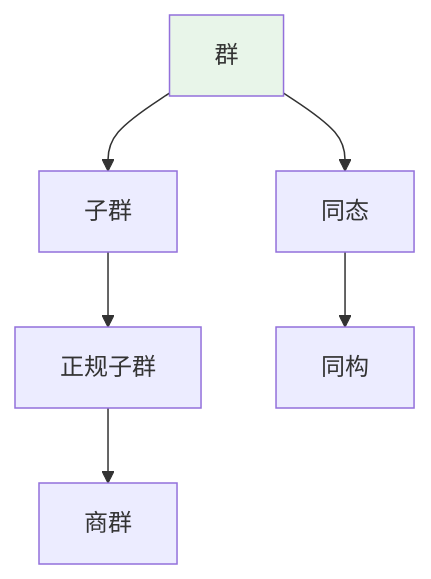
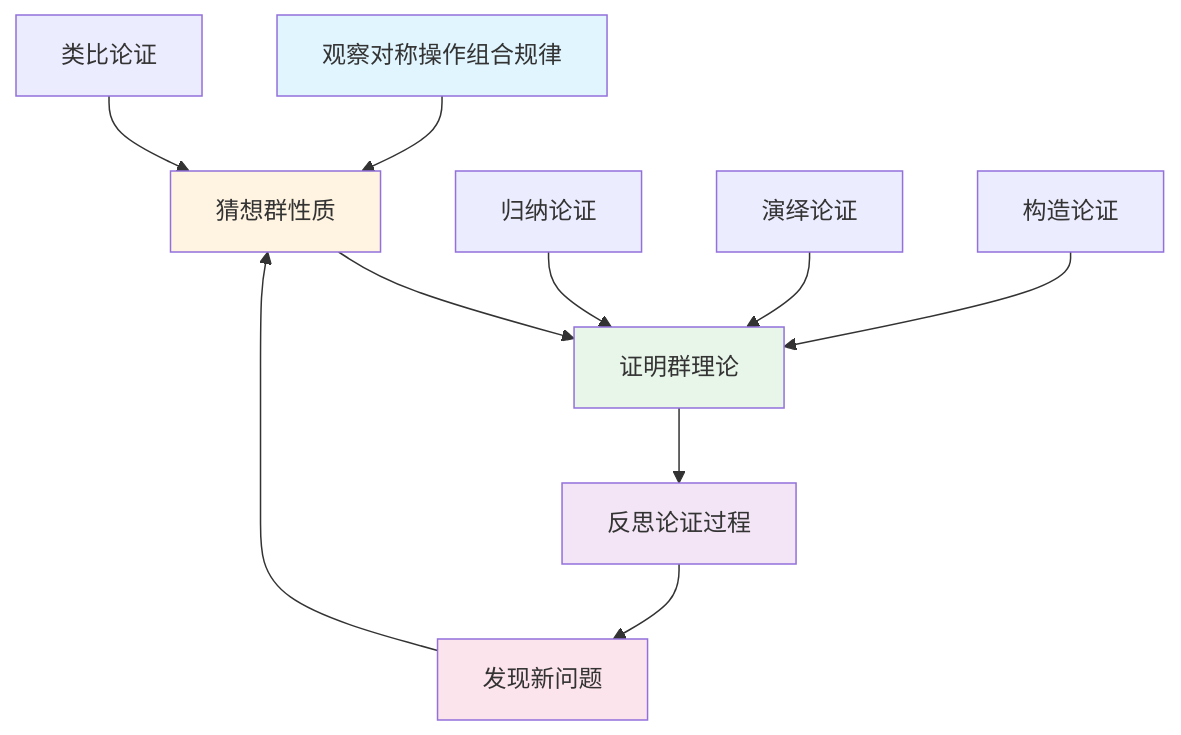
The fifth of 10 diagrams in concept/核心概念/08-群.md (AdaMartin18010/FormalMath), drawn with Mermaid before and after one commit. The commit also changed other lines of this file and 4793 other files, not shown here.

````diff
--- a/concept/核心概念/08-群.md
+++ b/concept/核心概念/08-群.md
@@ -916,10 +1468,19 @@
 ```mermaid
 graph TD
-    A[群] --> B[子群]
-    A --> C[同态]
-    B --> D[正规子群]
-    D --> E[商群]
-    C --> F[同构]
+    A[观察对称操作组合规律] --> B[猜想群性质]
+    B --> C[证明群理论]
+    C --> D[反思论证过程]
+    D --> E[发现新问题]
+    E --> B
 
-    style A fill:#e8f5e9
+    F[归纳论证] --> C
+    G[演绎论证] --> C
+    H[类比论证] --> B
+    I[构造论证] --> C
+
+    style A fill:#e1f5ff
+    style B fill:#fff4e1
+    style C fill:#e8f5e9
+    style D fill:#f3e5f5
+    style E fill:#fce4ec
 ```
````
